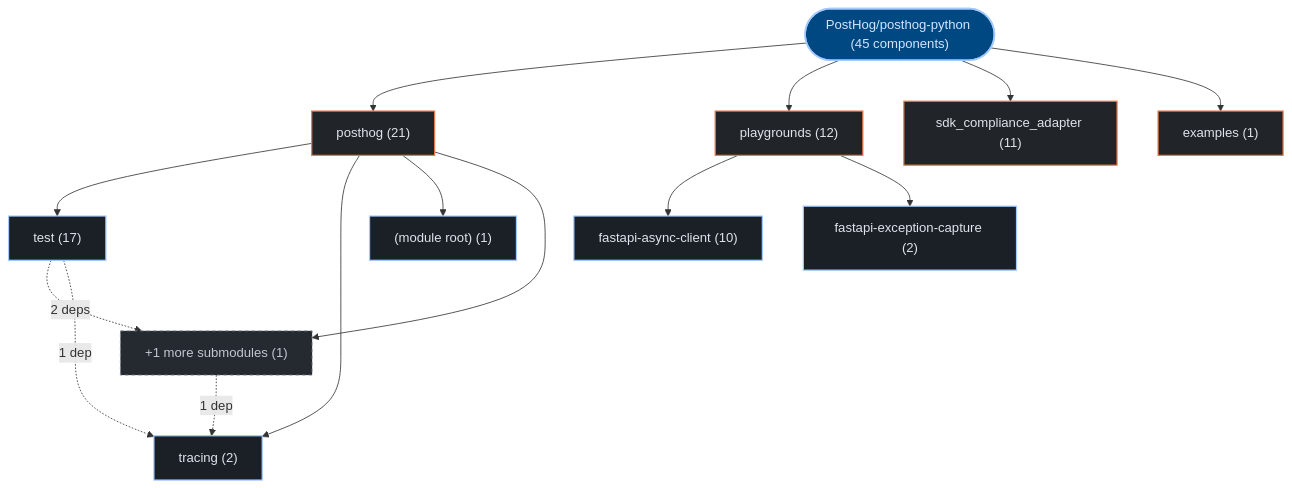
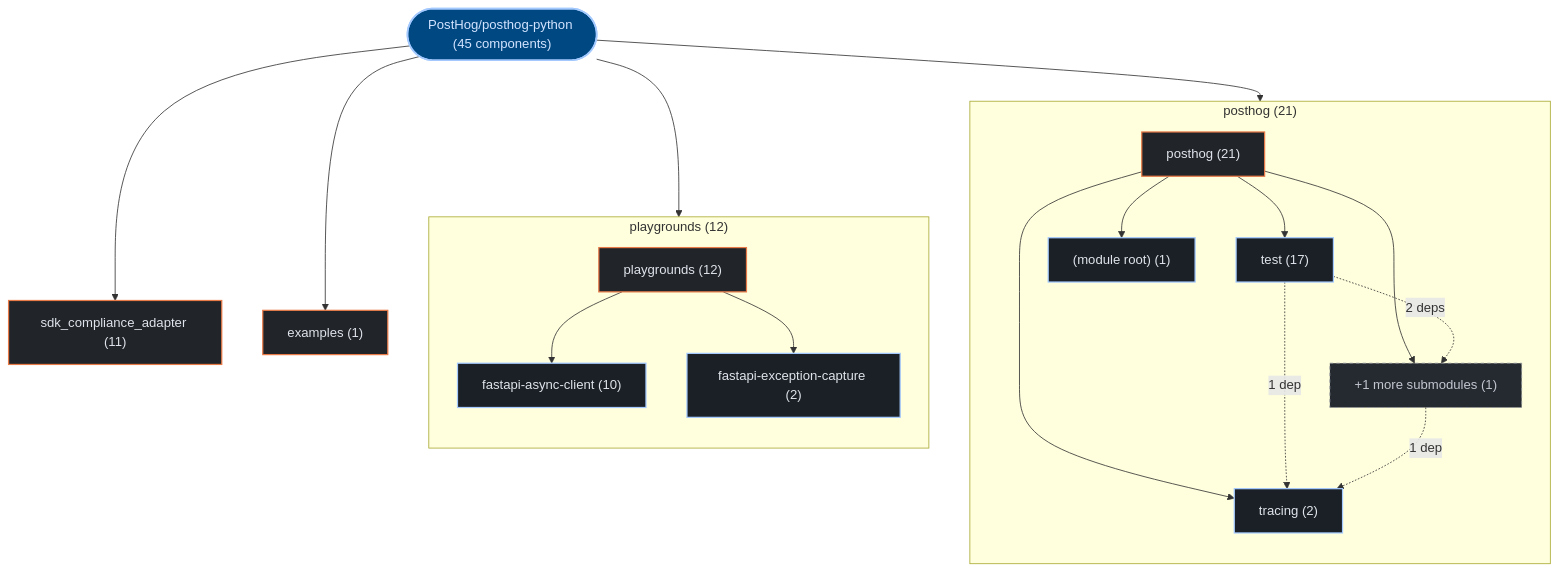
The first of 3 diagrams in exports/latest/reports/PostHog-posthog-python-report.md (kumarshaz/atruss-code-atlas), drawn with Mermaid before and after one commit. The commit also changed 178 other files, not shown here.

Commit message:
feat(ui,mermaid): upgrade to mermaid v12 + ELK layout, add orgs-summary + pagination, subgraph building blocks, fix tab alignment

````diff
--- a/exports/latest/reports/PostHog-posthog-python-report.md
+++ b/exports/latest/reports/PostHog-posthog-python-report.md
@@ -42,34 +42,40 @@
 ```mermaid
 graph TD;
   classDef atlasRoot fill:#004882,stroke:#a3c9ff,stroke-width:2px,color:#d3e4ff
   classDef atlasCategory fill:#212428,stroke:#E87A48,stroke-width:1.5px,color:#dfe3eb
   classDef atlasWorkflow fill:#1b2026,stroke:#a3c9ff,stroke-width:1.5px,color:#dfe3eb
   classDef atlasJob fill:#171c22,stroke:#8d9199,stroke-width:1px,color:#dfe3eb
   classDef atlasTarget fill:#005227,stroke:#8bd99b,stroke-width:1.5px,color:#a7f6b6
   classDef atlasAlert fill:#93000a,stroke:#ffb4ab,stroke-width:1.5px,color:#ffdad6
   classDef atlasMore fill:#252a31,stroke:#8d9199,stroke-dasharray:4 4,color:#c3c6cf
     repo_root(["PostHog/posthog-python (45 components)"]):::atlasRoot
-    dir_0_posthog["posthog (21)"]:::atlasCategory
+    subgraph sg_dir_0_posthog["posthog (21)"]
+      direction TB
+      dir_0_posthog["posthog (21)"]:::atlasCategory
+      sub_0_0_test["test (17)"]:::atlasWorkflow
+      dir_0_posthog --> sub_0_0_test
+      sub_0_1_tracing["tracing (2)"]:::atlasWorkflow
+      dir_0_posthog --> sub_0_1_tracing
+      sub_0_2__module_root_["(module root) (1)"]:::atlasWorkflow
+      dir_0_posthog --> sub_0_2__module_root_
+      sub_0_more["+1 more submodules (1)"]:::atlasMore
+      dir_0_posthog --> sub_0_more
+    end
     repo_root --> dir_0_posthog
-    sub_0_0_test["test (17)"]:::atlasWorkflow
-    dir_0_posthog --> sub_0_0_test
-    sub_0_1_tracing["tracing (2)"]:::atlasWorkflow
-    dir_0_posthog --> sub_0_1_tracing
-    sub_0_2__module_root_["(module root) (1)"]:::atlasWorkflow
-    dir_0_posthog --> sub_0_2__module_root_
-    sub_0_more["+1 more submodules (1)"]:::atlasMore
-    dir_0_posthog --> sub_0_more
-    dir_1_playgrounds["playgrounds (12)"]:::atlasCategory
+    subgraph sg_dir_1_playgrounds["playgrounds (12)"]
+      direction TB
+      dir_1_playgrounds["playgrounds (12)"]:::atlasCategory
+      sub_1_0_fastapi_async_client["fastapi-async-client (10)"]:::atlasWorkflow
+      dir_1_playgrounds --> sub_1_0_fastapi_async_client
+      sub_1_1_fastapi_exception_capture["fastapi-exception-capture (2)"]:::atlasWorkflow
+      dir_1_playgrounds --> sub_1_1_fastapi_exception_capture
+    end
     repo_root --> dir_1_playgrounds
-    sub_1_0_fastapi_async_client["fastapi-async-client (10)"]:::atlasWorkflow
-    dir_1_playgrounds --> sub_1_0_fastapi_async_client
-    sub_1_1_fastapi_exception_capture["fastapi-exception-capture (2)"]:::atlasWorkflow
-    dir_1_playgrounds --> sub_1_1_fastapi_exception_capture
     dir_2_sdk_compliance_adapter["sdk_compliance_adapter (11)"]:::atlasCategory
     repo_root --> dir_2_sdk_compliance_adapter
     dir_3_examples["examples (1)"]:::atlasCategory
     repo_root --> dir_3_examples
     sub_0_0_test -.->|"2 deps"| sub_0_more
     sub_0_0_test -.->|"1 dep"| sub_0_1_tracing
     sub_0_more -.->|"1 dep"| sub_0_1_tracing
 ```
````
